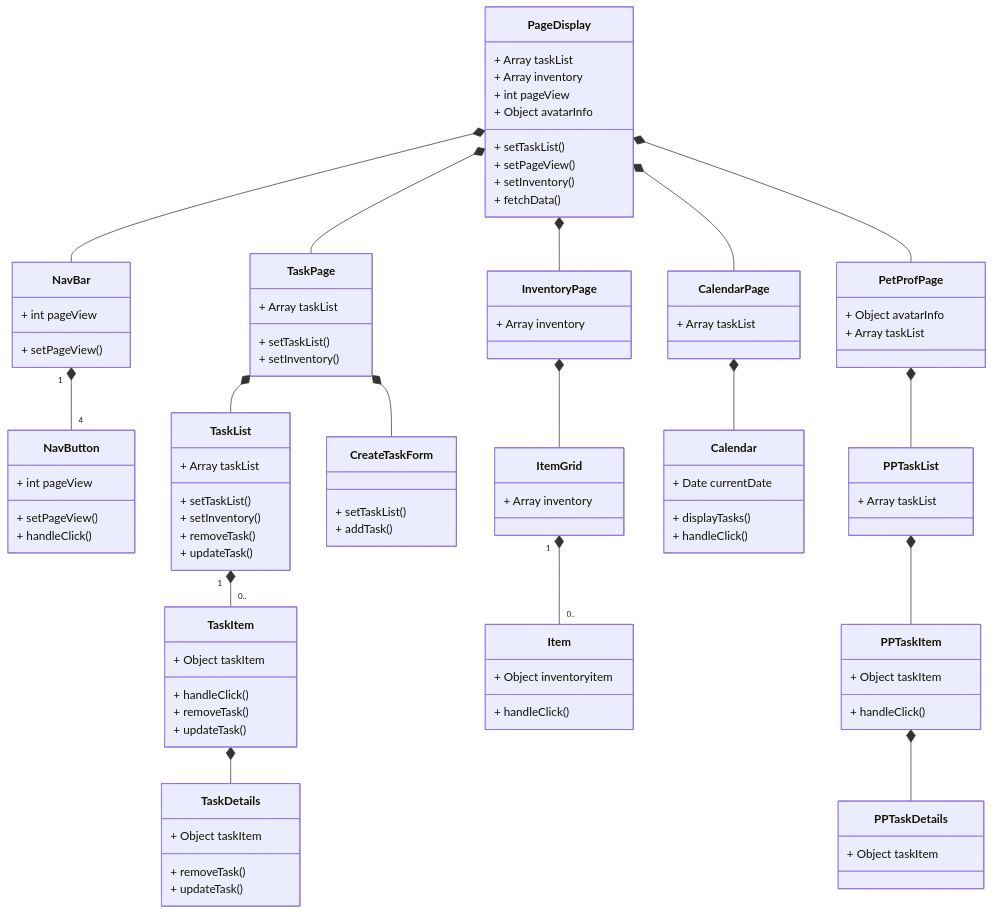
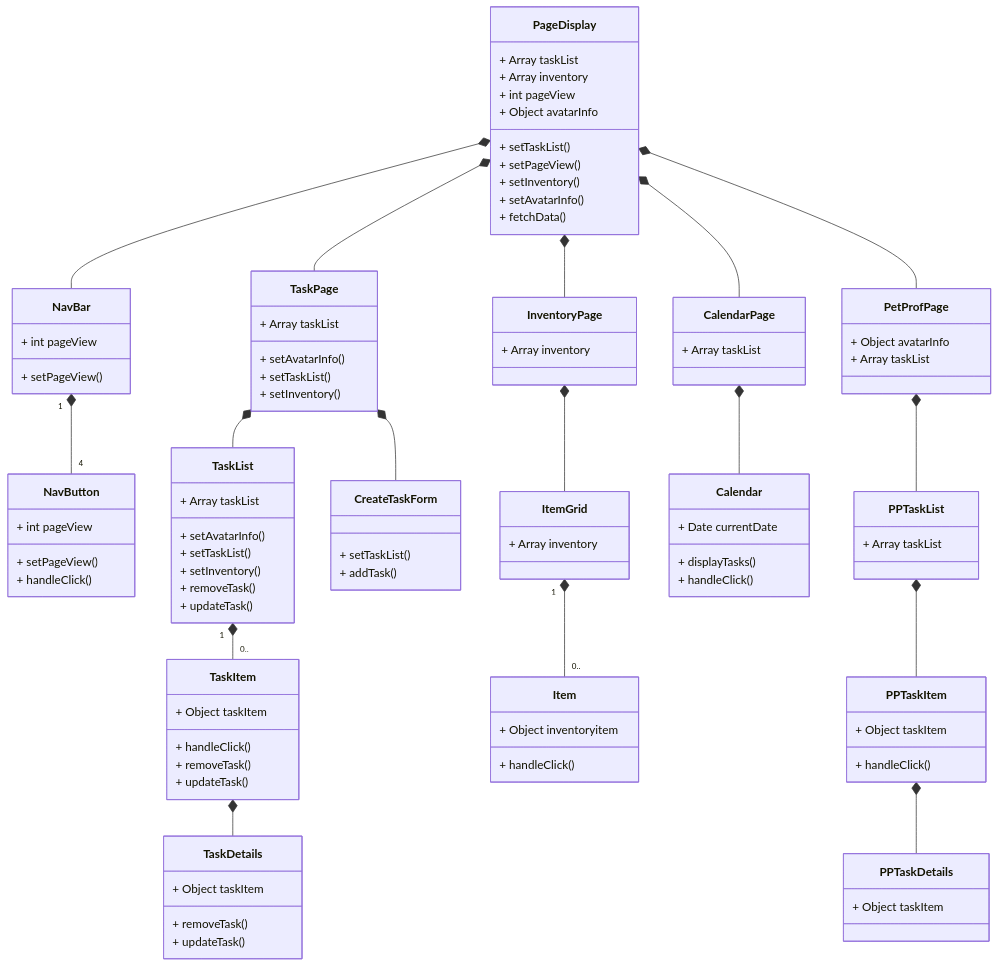
One commit to Capstone-Projects-2023-Spring/project-virtual-pet changed the third of 5 diagrams in documentation/docs/system-architecture/class-diagrams.md. Above: the diagram before and after it, drawn with Mermaid. The commit also changed other lines of this file, not shown here.

Commit message:
class-diagram.md

```diff
--- a/documentation/docs/system-architecture/class-diagrams.md
+++ b/documentation/docs/system-architecture/class-diagrams.md
@@ -314,6 +316,7 @@
         + setTaskList()
         + setPageView()
         + setInventory()
+        + setAvatarInfo()
         + fetchData()
         + Array taskList
         + Array inventory
@@ -335,11 +338,13 @@
 
     class TaskPage {
         + Array taskList
+        + setAvatarInfo()
         + setTaskList()
         + setInventory()
     }
     class TaskList{
         + Array taskList
+        + setAvatarInfo()
         + setTaskList()
         + setInventory()
         + removeTask()
```
